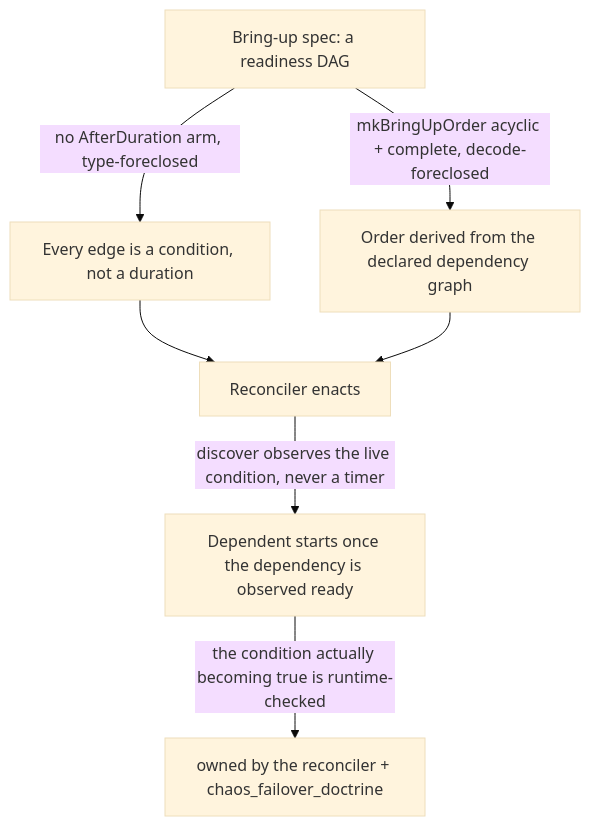
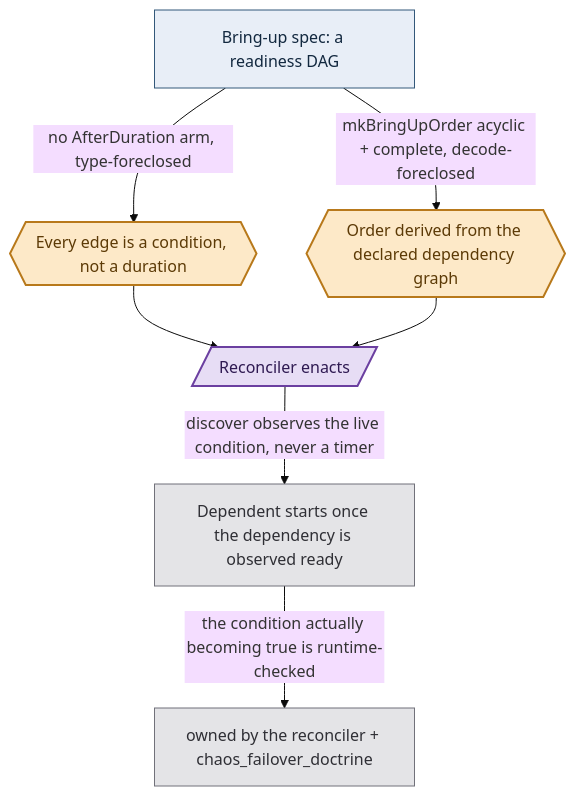
Before and after one commit to Tuee22/amoebius: the diagram in documents/engineering/readiness_ordering_doctrine.md, drawn with Mermaid (base theme). The commit also changed other lines of this file and 36 other files, not shown here.

````diff
--- a/documents/engineering/readiness_ordering_doctrine.md
+++ b/documents/engineering/readiness_ordering_doctrine.md
@@ -67,9 +69,13 @@
 ```mermaid
 flowchart TD
-  spec[Bring-up spec: a readiness DAG] -->|no AfterDuration arm, type-foreclosed| shape[Every edge is a condition, not a duration]
-  spec -->|mkBringUpOrder acyclic + complete, decode-foreclosed| order[Order derived from the declared dependency graph]
-  shape --> enact[Reconciler enacts]
+  spec["Bring-up spec: a readiness DAG"]:::intent -->|no AfterDuration arm, type-foreclosed| shape{{"Every edge is a condition, not a duration"}}:::gate
+  spec -->|mkBringUpOrder acyclic + complete, decode-foreclosed| order{{"Order derived from the declared dependency graph"}}:::gate
+  shape --> enact[/"Reconciler enacts"/]:::effect
   order --> enact
-  enact -->|discover observes the live condition, never a timer| live[Dependent starts once the dependency is observed ready]
-  live -->|the condition actually becoming true is runtime-checked| chaos[owned by the reconciler + chaos_failover_doctrine]
+  enact -->|discover observes the live condition, never a timer| live["Dependent starts once the dependency is observed ready"]:::runtime
+  live -->|the condition actually becoming true is runtime-checked| chaos["owned by the reconciler + chaos_failover_doctrine"]:::runtime
+  classDef intent   fill:#e8eef7,stroke:#33587a,color:#12283f,stroke-width:1px
+  classDef gate     fill:#fde9c8,stroke:#b8791b,color:#5c3a06,stroke-width:2px
+  classDef effect   fill:#e7ddf5,stroke:#6b3fa0,color:#2f1a52,stroke-width:2px
+  classDef runtime  fill:#e4e4e7,stroke:#71717a,color:#2f2f35,stroke-width:1px
 ```
````
